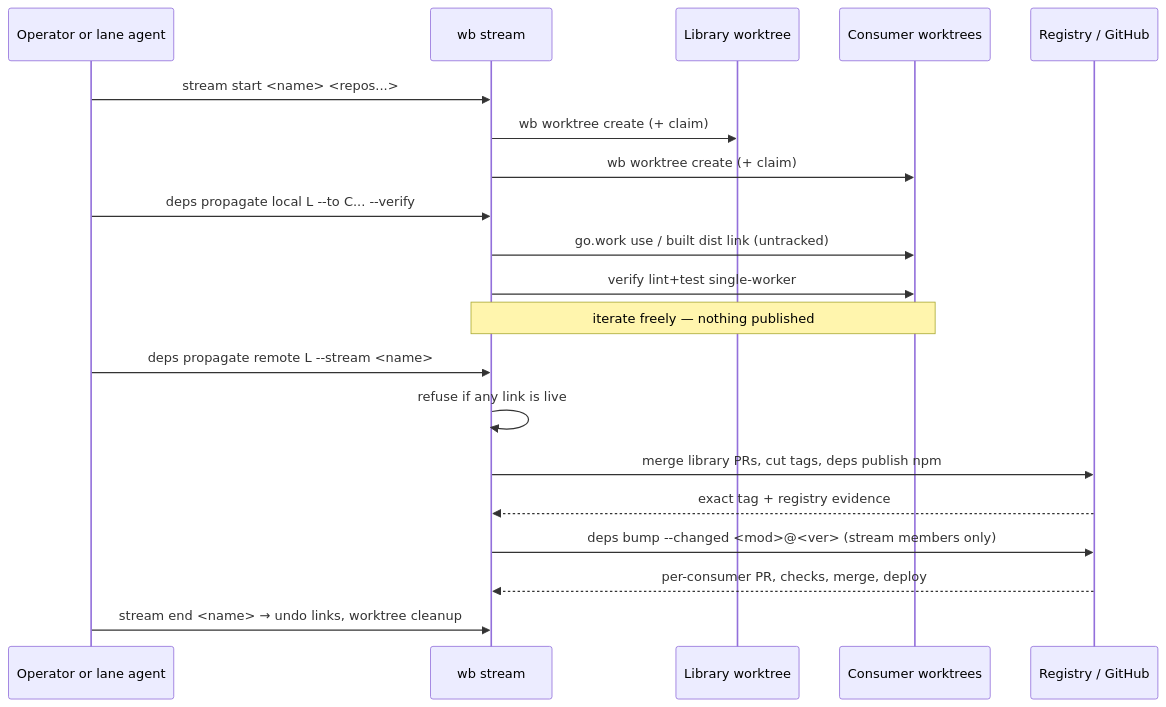
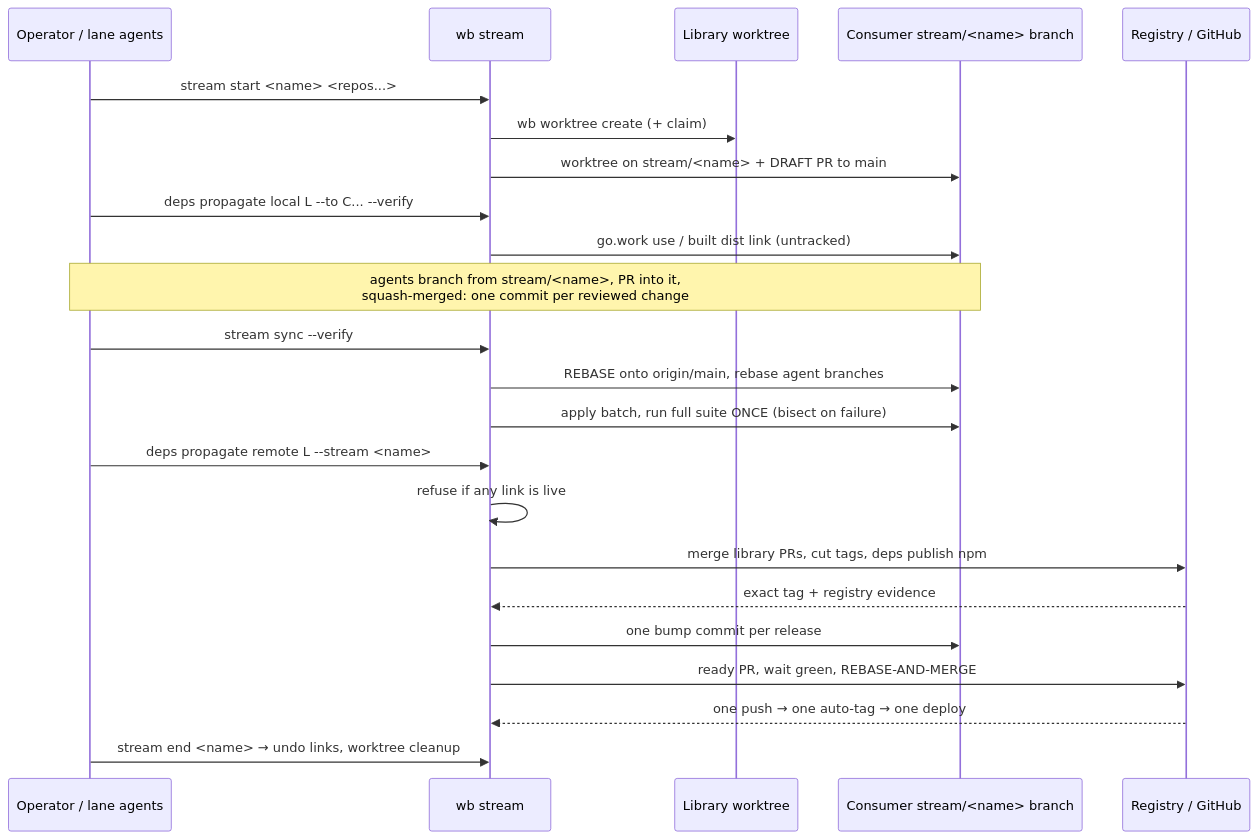
The diagram in spec/features/dependency-streams/README.md (sneat-dev/wb), drawn with Mermaid before and after one commit. The commit also changed other lines of this file and 1 other file, not shown here.

First line of the commit message:
spec(deps): linear stream history, batch verification, and wb principles

````diff
--- a/spec/features/dependency-streams/README.md
+++ b/spec/features/dependency-streams/README.md
@@ -193,22 +366,25 @@
 ```mermaid
 sequenceDiagram
-    participant O as Operator or lane agent
+    participant O as Operator / lane agents
     participant S as wb stream
     participant L as Library worktree
-    participant C as Consumer worktrees
+    participant C as Consumer stream/<name> branch
     participant R as Registry / GitHub
     O->>S: stream start <name> <repos...>
     S->>L: wb worktree create (+ claim)
-    S->>C: wb worktree create (+ claim)
+    S->>C: worktree on stream/<name> + DRAFT PR to main
     O->>S: deps propagate local L --to C... --verify
     S->>C: go.work use / built dist link (untracked)
-    S->>C: verify lint+test single-worker
-    Note over S,C: iterate freely — nothing published
+    Note over O,C: agents branch from stream/<name>, PR into it,<br/>squash-merged: one commit per reviewed change
+    O->>S: stream sync --verify
+    S->>C: REBASE onto origin/main, rebase agent branches
+    S->>C: apply batch, run full suite ONCE (bisect on failure)
     O->>S: deps propagate remote L --stream <name>
     S->>S: refuse if any link is live
     S->>R: merge library PRs, cut tags, deps publish npm
     R-->>S: exact tag + registry evidence
-    S->>R: deps bump --changed <mod>@<ver> (stream members only)
-    R-->>S: per-consumer PR, checks, merge, deploy
+    S->>C: one bump commit per release
+    S->>R: ready PR, wait green, REBASE-AND-MERGE
+    R-->>S: one push → one auto-tag → one deploy
     O->>S: stream end <name> → undo links, worktree cleanup
 ```
````
